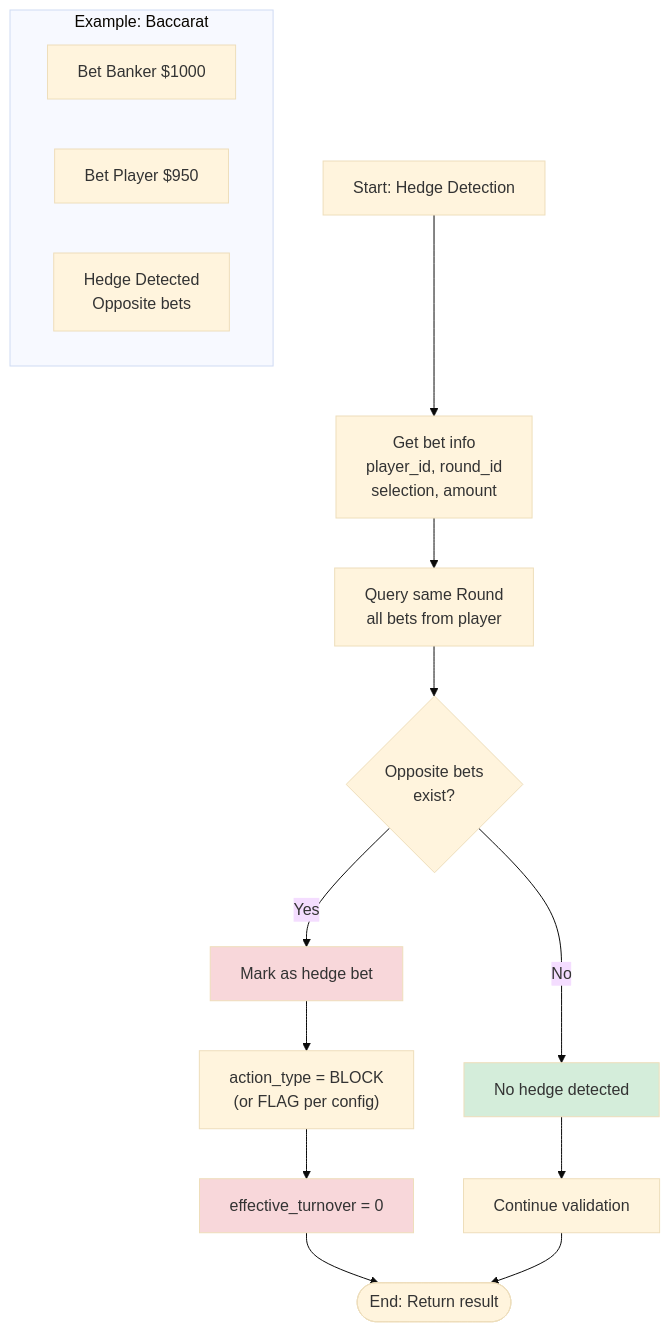
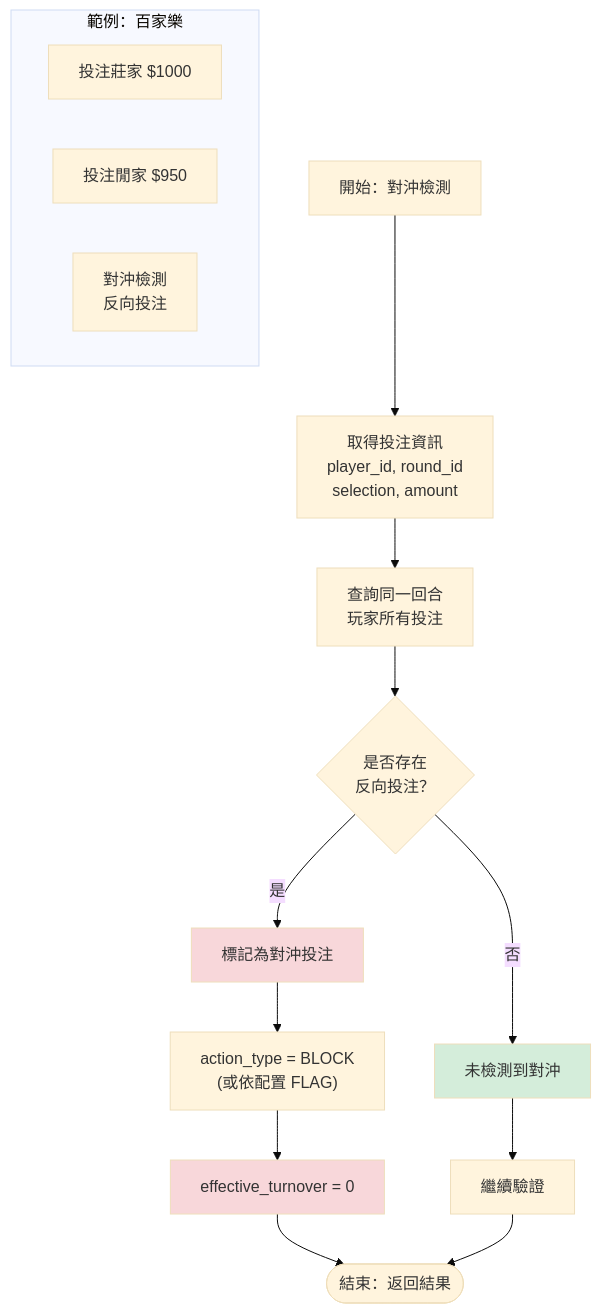
Before and after one commit to ron03wlb/smart-admin: the second of 7 diagrams in docs/iGaming/architecture/03_Game_Integration/Turnover_Calculation_Logic.md, drawn with Mermaid (base theme). The commit also changed other lines of this file and 4 other files, not shown here.

````diff
--- a/docs/iGaming/architecture/03_Game_Integration/Turnover_Calculation_Logic.md
+++ b/docs/iGaming/architecture/03_Game_Integration/Turnover_Calculation_Logic.md
@@ -121,38 +121,38 @@
 ```mermaid
 flowchart TD
-    A[Start: Hedge Detection]
-    B["Get bet info<br/>player_id, round_id<br/>selection, amount"]
-    C["Query same Round<br/>all bets from player"]
-    D{"Opposite bets<br/>exist?"}
+    A[開始：對沖檢測]
+    B["取得投注資訊<br/>player_id, round_id<br/>selection, amount"]
+    C["查詢同一回合<br/>玩家所有投注"]
+    D{"是否存在<br/>反向投注？"}
 
-    subgraph Example["Example: Baccarat"]
-        E1[Bet Banker $1000]
-        E2[Bet Player $950]
-        E3["Hedge Detected<br/>Opposite bets"]
+    subgraph Example["範例：百家樂"]
+        E1[投注莊家 $1000]
+        E2[投注閒家 $950]
+        E3["對沖檢測<br/>反向投注"]
     end
 
-    F[Mark as hedge bet]
-    G["action_type = BLOCK<br/>(or FLAG per config)"]
+    F[標記為對沖投注]
+    G["action_type = BLOCK<br/>(或依配置 FLAG)"]
     H[effective_turnover = 0]
-    I[No hedge detected]
-    J[Continue validation]
+    I[未檢測到對沖]
+    J[繼續驗證]
 
-    End([End: Return result])
+    End([結束：返回結果])
 
     A --> B
     B --> C
     C --> D
-    D -->|Yes| F
-    D -->|No| I
+    D -->|是| F
+    D -->|否| I
 
     F --> G
     G --> H
     H --> End
 
     I --> J
     J --> End
 
     style F fill:#f8d7da
     style H fill:#f8d7da
     style I fill:#d4edda
 ```
````
